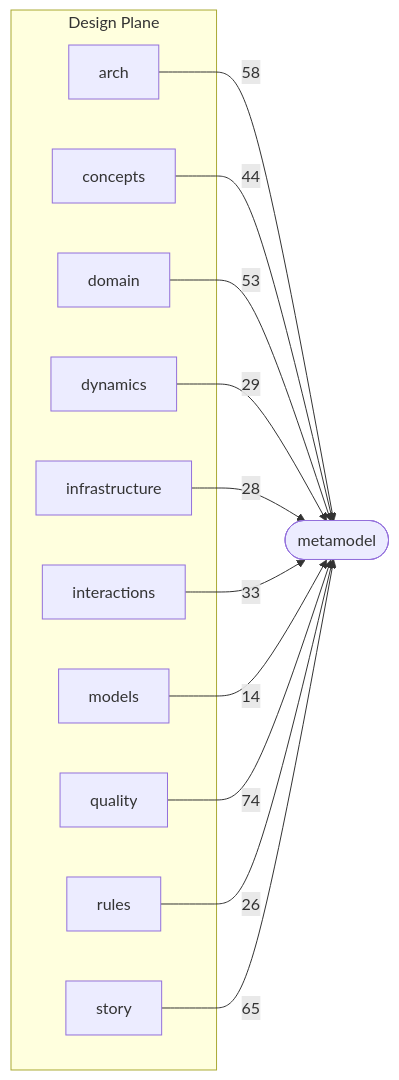
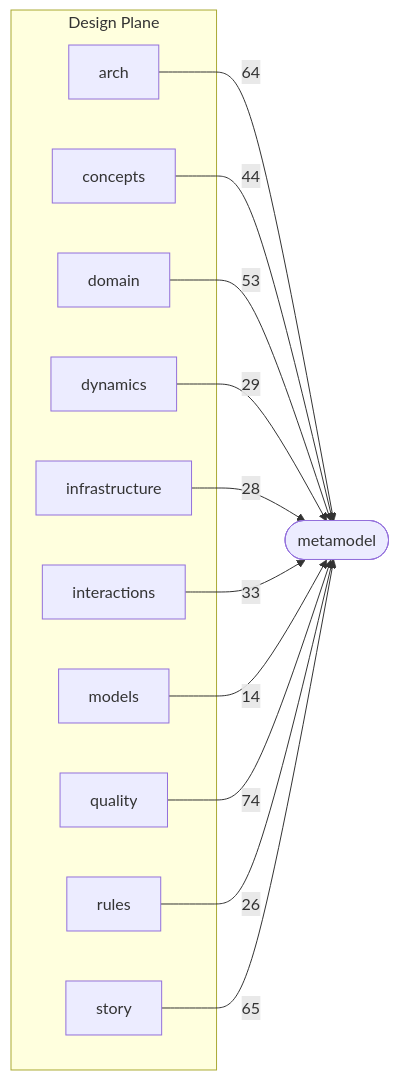
One commit to Archally/blueprint-schema changed the second of 3 diagrams in docs/schema-atlas/v2.8/layer-map.md. Above: the diagram before and after it, drawn with Mermaid. The commit also changed other lines of this file and 5 other files, not shown here.

Commit message:
Schema Atlas: the catalog follows the 2.8.53 schema

````diff
--- a/docs/schema-atlas/v2.8/layer-map.md
+++ b/docs/schema-atlas/v2.8/layer-map.md
@@ -95,26 +95,26 @@
 ```mermaid
 graph LR
     subgraph design_plane["Design Plane"]
         design_arch_schema_yaml["arch"]
         design_concepts_schema_yaml["concepts"]
         design_domain_schema_yaml["domain"]
         design_dynamics_schema_yaml["dynamics"]
         design_infrastructure_schema_yaml["infrastructure"]
         design_interactions_schema_yaml["interactions"]
         design_models_schema_yaml["models"]
         design_quality_schema_yaml["quality"]
         design_rules_schema_yaml["rules"]
         design_story_schema_yaml["story"]
     end
     metamodel_schema_yaml(["metamodel"])
-    design_arch_schema_yaml -->|58| metamodel_schema_yaml
+    design_arch_schema_yaml -->|64| metamodel_schema_yaml
     design_concepts_schema_yaml -->|44| metamodel_schema_yaml
     design_domain_schema_yaml -->|53| metamodel_schema_yaml
     design_dynamics_schema_yaml -->|29| metamodel_schema_yaml
     design_infrastructure_schema_yaml -->|28| metamodel_schema_yaml
     design_interactions_schema_yaml -->|33| metamodel_schema_yaml
     design_models_schema_yaml -->|14| metamodel_schema_yaml
     design_quality_schema_yaml -->|74| metamodel_schema_yaml
     design_rules_schema_yaml -->|26| metamodel_schema_yaml
     design_story_schema_yaml -->|65| metamodel_schema_yaml
 ```
````
